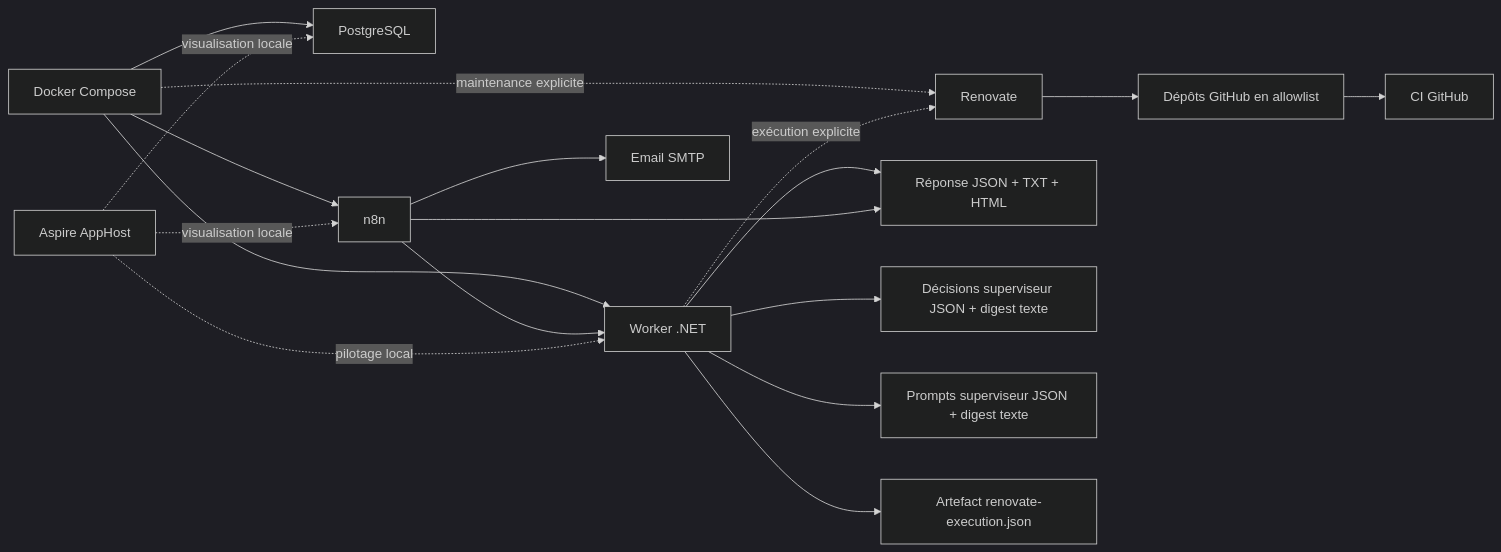
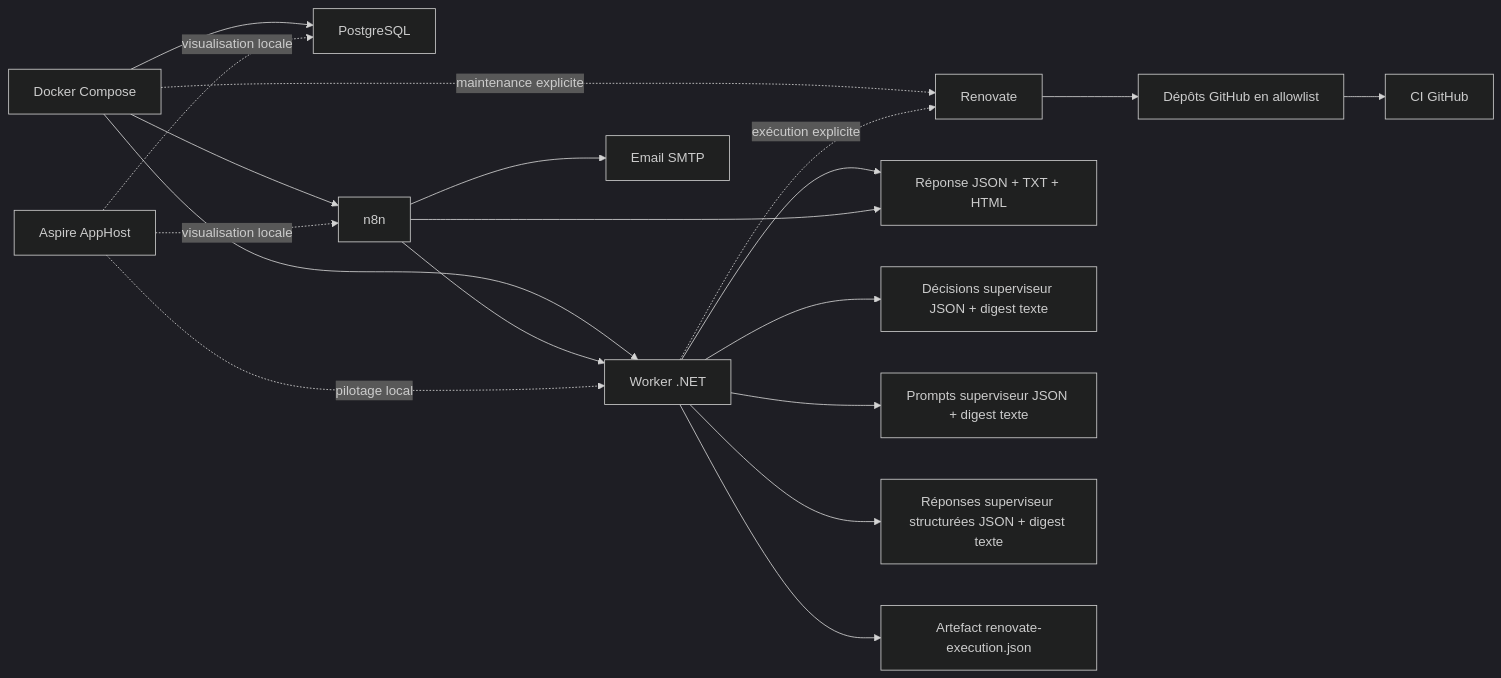
Before and after one commit to arnaud-wissart-lab/repo-ops: the diagram in docs/architecture.md, drawn with Mermaid (dark theme). The commit also changed other lines of this file and 16 other files, not shown here.

````diff
--- a/docs/architecture.md
+++ b/docs/architecture.md
@@ -252,20 +282,21 @@
 ```mermaid
 flowchart LR
     Compose["Docker Compose"] --> Worker["Worker .NET"]
     Compose --> Postgres["PostgreSQL"]
     Compose --> N8N["n8n"]
     Compose -. maintenance explicite .-> Renovate["Renovate"]
     N8N --> Worker
     Worker --> Reports["Réponse JSON + TXT + HTML"]
     Worker --> Supervisor["Décisions superviseur JSON + digest texte"]
     Worker --> Prompts["Prompts superviseur JSON + digest texte"]
+    Worker --> CodexResponses["Réponses superviseur structurées JSON + digest texte"]
     Worker -. exécution explicite .-> Renovate
     Worker --> RenovateArtifact["Artefact renovate-execution.json"]
     N8N --> Reports
     N8N --> Mail["Email SMTP"]
     Renovate --> GitHub["Dépôts GitHub en allowlist"]
     GitHub --> CI["CI GitHub"]
     Aspire["Aspire AppHost"] -. pilotage local .-> Worker
     Aspire -. visualisation locale .-> Postgres
     Aspire -. visualisation locale .-> N8N
 ```
````
